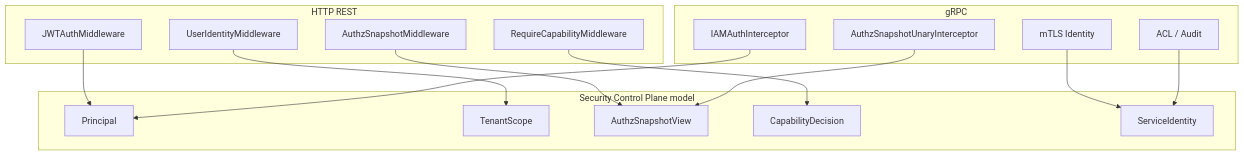
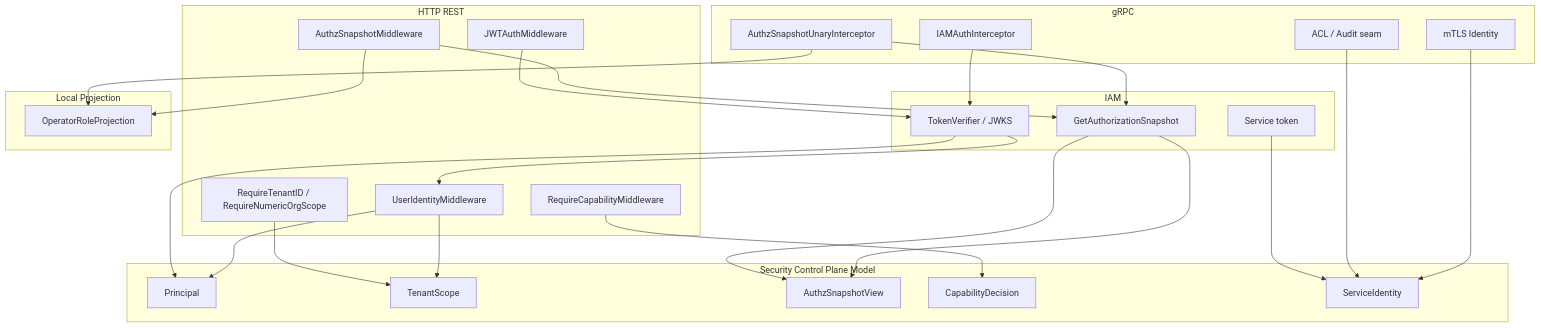
One commit to FangcunMount/qs-server changed the diagram in docs/03-基础设施/security/00-整体架构.md. Above: the diagram before and after it, drawn with Mermaid. The commit also changed other lines of this file and 6 other files, not shown here.

````diff
--- a/docs/03-基础设施/security/00-整体架构.md
+++ b/docs/03-基础设施/security/00-整体架构.md
@@ -17,33 +62,49 @@
 ```mermaid
 flowchart TB
     subgraph HTTP["HTTP REST"]
-        JWTMW["JWTAuthMiddleware"]
-        IdentityMW["UserIdentityMiddleware"]
-        SnapshotMW["AuthzSnapshotMiddleware"]
-        CapabilityMW["RequireCapabilityMiddleware"]
+        jwt["JWTAuthMiddleware"]
+        identity["UserIdentityMiddleware"]
+        tenant["RequireTenantID / RequireNumericOrgScope"]
+        snapshotMW["AuthzSnapshotMiddleware"]
+        capMW["RequireCapabilityMiddleware"]
     end
 
     subgraph GRPC["gRPC"]
-        MTLS["mTLS Identity"]
-        IAMAuth["IAMAuthInterceptor"]
-        SnapshotInt["AuthzSnapshotUnaryInterceptor"]
-        ACL["ACL / Audit"]
+        mtls["mTLS Identity"]
+        iamAuth["IAMAuthInterceptor"]
+        snapshotInt["AuthzSnapshotUnaryInterceptor"]
+        acl["ACL / Audit seam"]
     end
 
-    subgraph Model["Security Control Plane model"]
-        Principal["Principal"]
-        Scope["TenantScope"]
-        Snapshot["AuthzSnapshotView"]
-        Decision["CapabilityDecision"]
-        ServiceIdentity["ServiceIdentity"]
+    subgraph Model["Security Control Plane Model"]
+        principal["Principal"]
+        scope["TenantScope"]
+        snapView["AuthzSnapshotView"]
+        decision["CapabilityDecision"]
+        service["ServiceIdentity"]
     end
 
-    JWTMW --> Principal
-    IdentityMW --> Scope
-    SnapshotMW --> Snapshot
-    CapabilityMW --> Decision
-    MTLS --> ServiceIdentity
-    IAMAuth --> Principal
-    SnapshotInt --> Snapshot
-    ACL --> ServiceIdentity
+    subgraph IAM["IAM"]
+        token["TokenVerifier / JWKS"]
+        authz["GetAuthorizationSnapshot"]
+        serviceToken["Service token"]
+    end
+
+    subgraph Local["Local Projection"]
+        operator["OperatorRoleProjection"]
+    end
+
+    jwt --> token --> identity
+    identity --> principal
+    identity --> scope
+    tenant --> scope
+    snapshotMW --> authz --> snapView
+    capMW --> decision
+    mtls --> service
+    iamAuth --> token --> principal
+    snapshotInt --> authz --> snapView
+    snapshotMW --> operator
+    snapshotInt --> operator
+    acl --> service
+    serviceToken --> service
 ```
````
